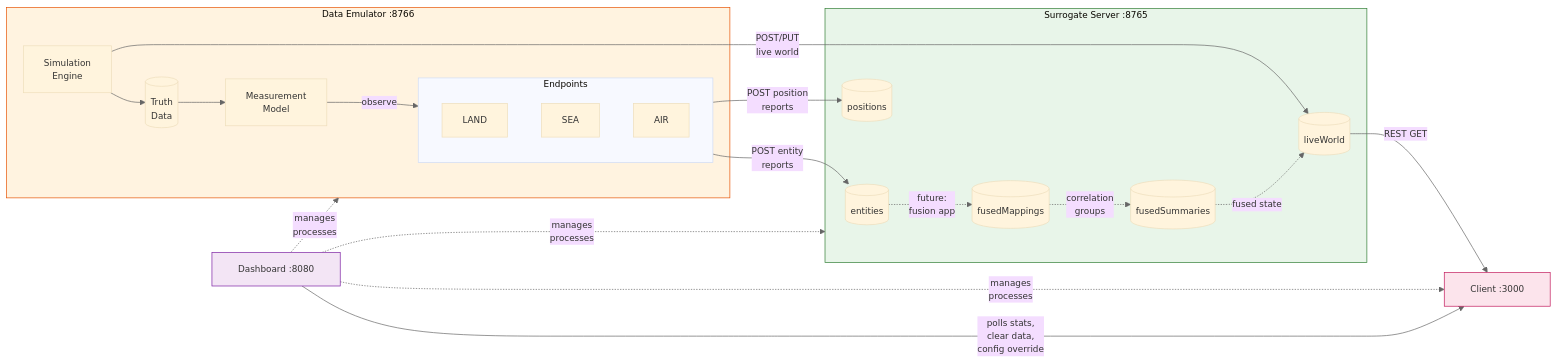
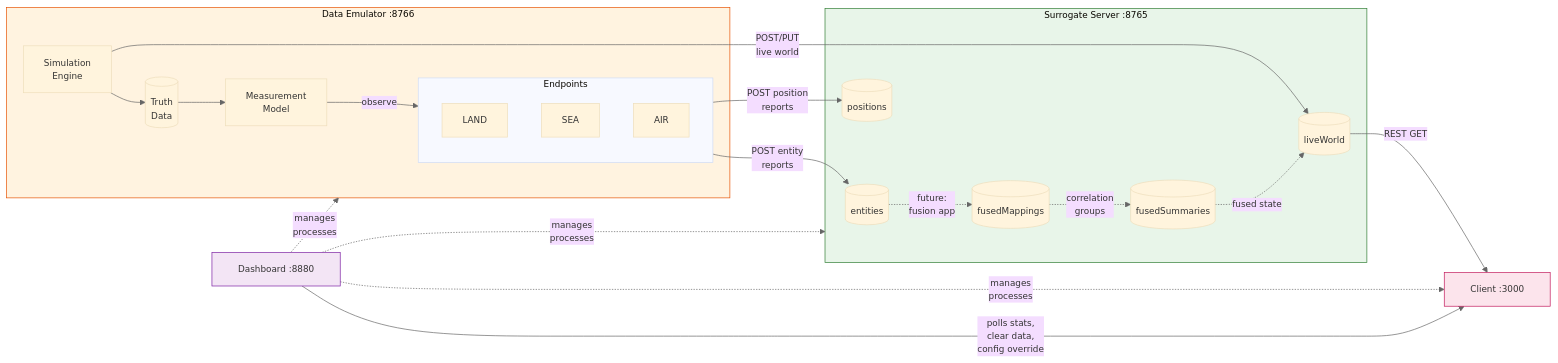
The first of 2 diagrams in docs/system-architecture-diagram.md (ericpauls/disco_workspace), drawn with Mermaid before and after one commit. The commit also changed other lines of this file and 7 other files, not shown here.

````diff
--- a/docs/system-architecture-diagram.md
+++ b/docs/system-architecture-diagram.md
@@ -7,50 +7,50 @@
 ```mermaid
 %%{init: {'theme': 'base', 'themeVariables': { 'lineColor': '#666', 'fontSize': '13px'}}}%%
 flowchart LR
     subgraph emu["&nbsp;&nbsp;Data Emulator :8766&nbsp;&nbsp;"]
         sim["Simulation<br/>Engine"]
         truth[("Truth<br/>Data")]
         mm["Measurement<br/>Model"]
         subgraph eps["Endpoints"]
             ep1["LAND"]
             ep2["SEA"]
             ep3["AIR"]
         end
         sim --> truth
         truth --> mm
         mm -->|observe| eps
     end
 
     subgraph srv["&nbsp;&nbsp;Surrogate Server :8765&nbsp;&nbsp;"]
         ent[("entities")]
         pos[("positions")]
         lw[("liveWorld")]
         fm[("fusedMappings")]
         fs[("fusedSummaries")]
     end
 
     ui["&nbsp;&nbsp;Client :3000&nbsp;&nbsp;"]
-    dash["&nbsp;&nbsp;Dashboard :8080&nbsp;&nbsp;"]
+    dash["&nbsp;&nbsp;Dashboard :8880&nbsp;&nbsp;"]
 
     eps -->|POST entity<br/>reports| ent
     eps -->|POST position<br/>reports| pos
     sim -->|POST/PUT<br/>live world| lw
     ent -.->|future:<br/>fusion app| fm
     fm -.->|correlation<br/>groups| fs
     fs -.->|fused state| lw
     lw -->|REST GET| ui
     dash -.->|manages<br/>processes| emu
     dash -.->|manages<br/>processes| srv
     dash -.->|manages<br/>processes| ui
     dash -->|polls stats,<br/>clear data,<br/>config override| ui
 
     classDef emuStyle fill:#fff3e0,stroke:#e65100
     classDef srvStyle fill:#e8f5e9,stroke:#2e7d32
     classDef uiStyle fill:#fce4ec,stroke:#c2185b
     classDef dashStyle fill:#f3e5f5,stroke:#7b1fa2
 
     class emu emuStyle
     class srv srvStyle
     class ui uiStyle
     class dash dashStyle
 ```
````
